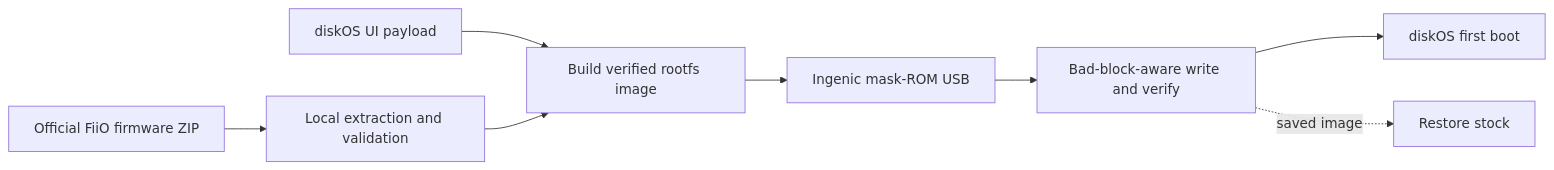
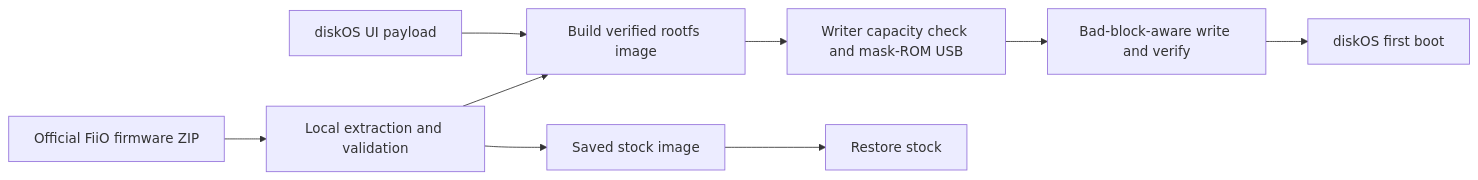
The diagram in README.md (b0hemia/diskos), drawn with Mermaid before and after one commit. The commit also changed other lines of this file and 5 other files, not shown here.

````diff
--- a/README.md
+++ b/README.md
@@ -234,10 +305,11 @@
 ```mermaid
 flowchart LR
     A[Official FiiO firmware ZIP] --> B[Local extraction and validation]
     C[diskOS UI payload] --> D[Build verified rootfs image]
     B --> D
-    D --> E[Ingenic mask-ROM USB]
+    B --> H[Saved stock image]
+    D --> E[Writer capacity check and mask-ROM USB]
     E --> F[Bad-block-aware write and verify]
     F --> G[diskOS first boot]
-    F -. saved image .-> H[Restore stock]
+    H --> I[Restore stock]
 ```
````
